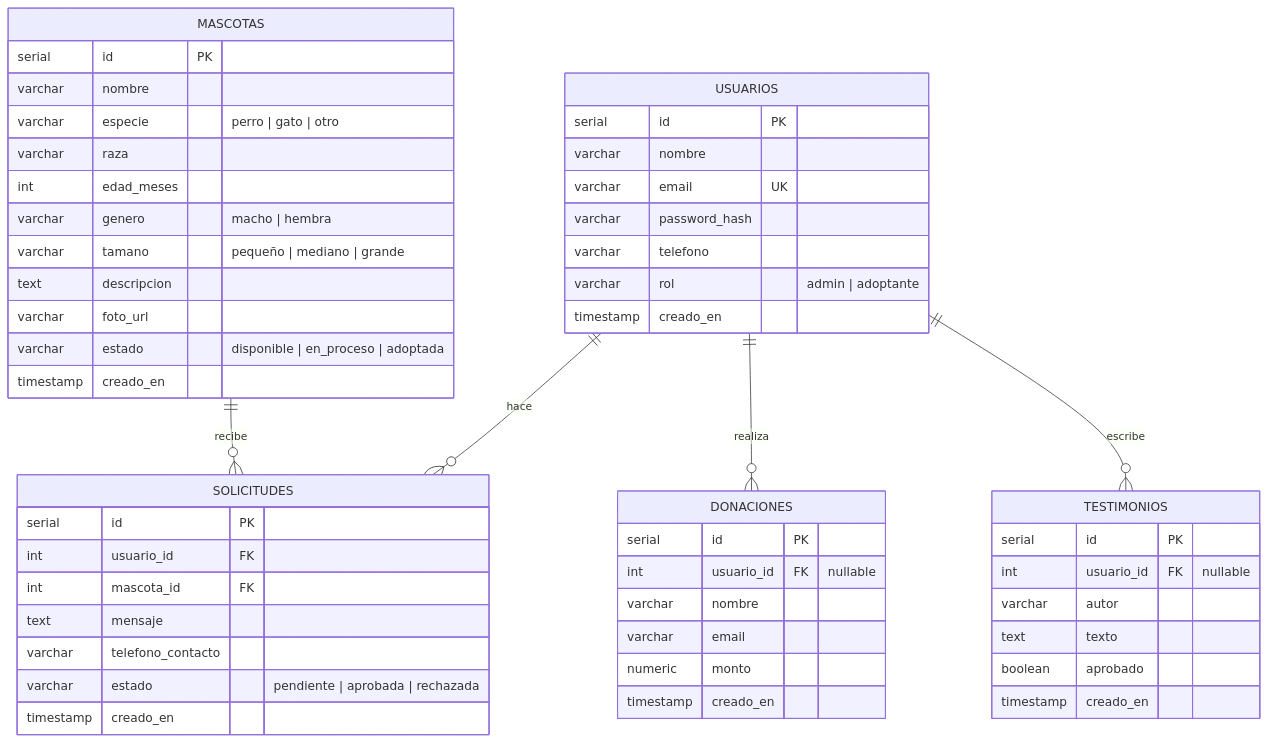
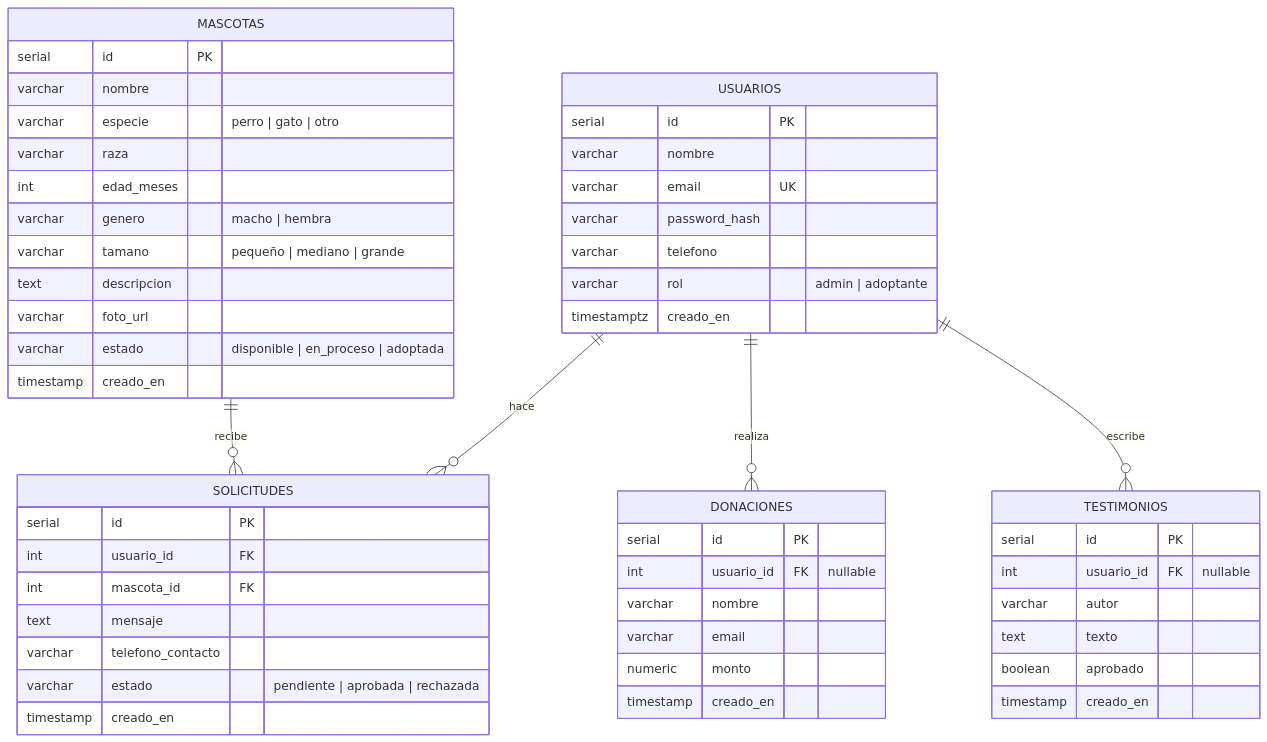
The diagram in vault/02 Arquitectura/Modelo de datos.md (germandiaz17/petface), drawn with Mermaid before and after one commit. The commit also changed other lines of this file and 68 other files, not shown here.

````diff
--- a/vault/02 Arquitectura/Modelo de datos.md
+++ b/vault/02 Arquitectura/Modelo de datos.md
@@ -8,55 +8,55 @@
 ```mermaid
 erDiagram
   USUARIOS ||--o{ SOLICITUDES : hace
   MASCOTAS ||--o{ SOLICITUDES : recibe
   USUARIOS ||--o{ DONACIONES : realiza
   USUARIOS ||--o{ TESTIMONIOS : escribe
 
   USUARIOS {
     serial id PK
     varchar nombre
     varchar email UK
     varchar password_hash
     varchar telefono
     varchar rol "admin | adoptante"
-    timestamp creado_en
+    timestamptz creado_en
   }
   MASCOTAS {
     serial id PK
     varchar nombre
     varchar especie "perro | gato | otro"
     varchar raza
     int edad_meses
     varchar genero "macho | hembra"
     varchar tamano "pequeño | mediano | grande"
     text descripcion
     varchar foto_url
     varchar estado "disponible | en_proceso | adoptada"
     timestamp creado_en
   }
   SOLICITUDES {
     serial id PK
     int usuario_id FK
     int mascota_id FK
     text mensaje
     varchar telefono_contacto
     varchar estado "pendiente | aprobada | rechazada"
     timestamp creado_en
   }
   DONACIONES {
     serial id PK
     int usuario_id FK "nullable"
     varchar nombre
     varchar email
     numeric monto
     timestamp creado_en
   }
   TESTIMONIOS {
     serial id PK
     int usuario_id FK "nullable"
     varchar autor
     text texto
     boolean aprobado
     timestamp creado_en
   }
 ```
````
